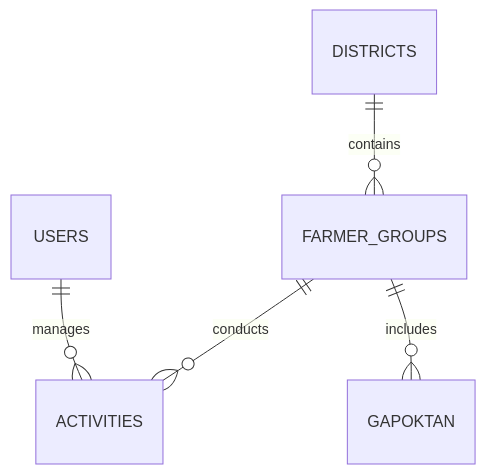
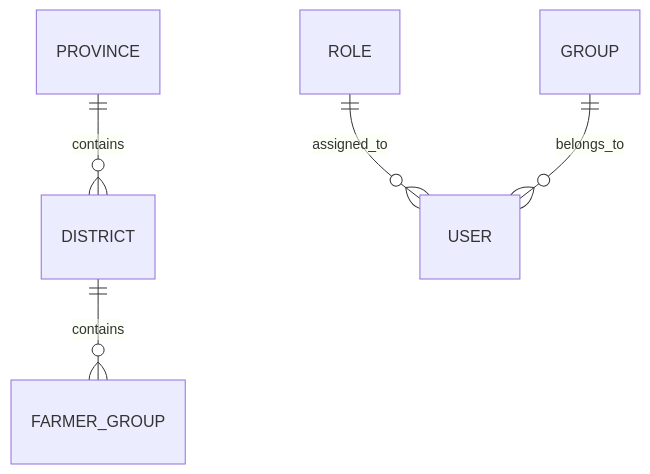
The second of 2 diagrams in docs/tech-doc.md (newlighteagle/sh-mis), drawn with Mermaid before and after one commit. The commit also changed other lines of this file and 111 other files, not shown here.

````diff
--- a/docs/tech-doc.md
+++ b/docs/tech-doc.md
@@ -631,7 +666,7 @@
 ```mermaid
 erDiagram
-    DISTRICTS ||--o{ FARMER_GROUPS : contains
-    FARMER_GROUPS ||--o{ ACTIVITIES : conducts
-    FARMER_GROUPS ||--o{ GAPOKTAN : includes
-    USERS ||--o{ ACTIVITIES : manages
+    PROVINCE ||--o{ DISTRICT : contains
+    DISTRICT ||--o{ FARMER_GROUP : contains
+    ROLE ||--o{ USER : assigned_to
+    GROUP ||--o{ USER : belongs_to
 ```
````
